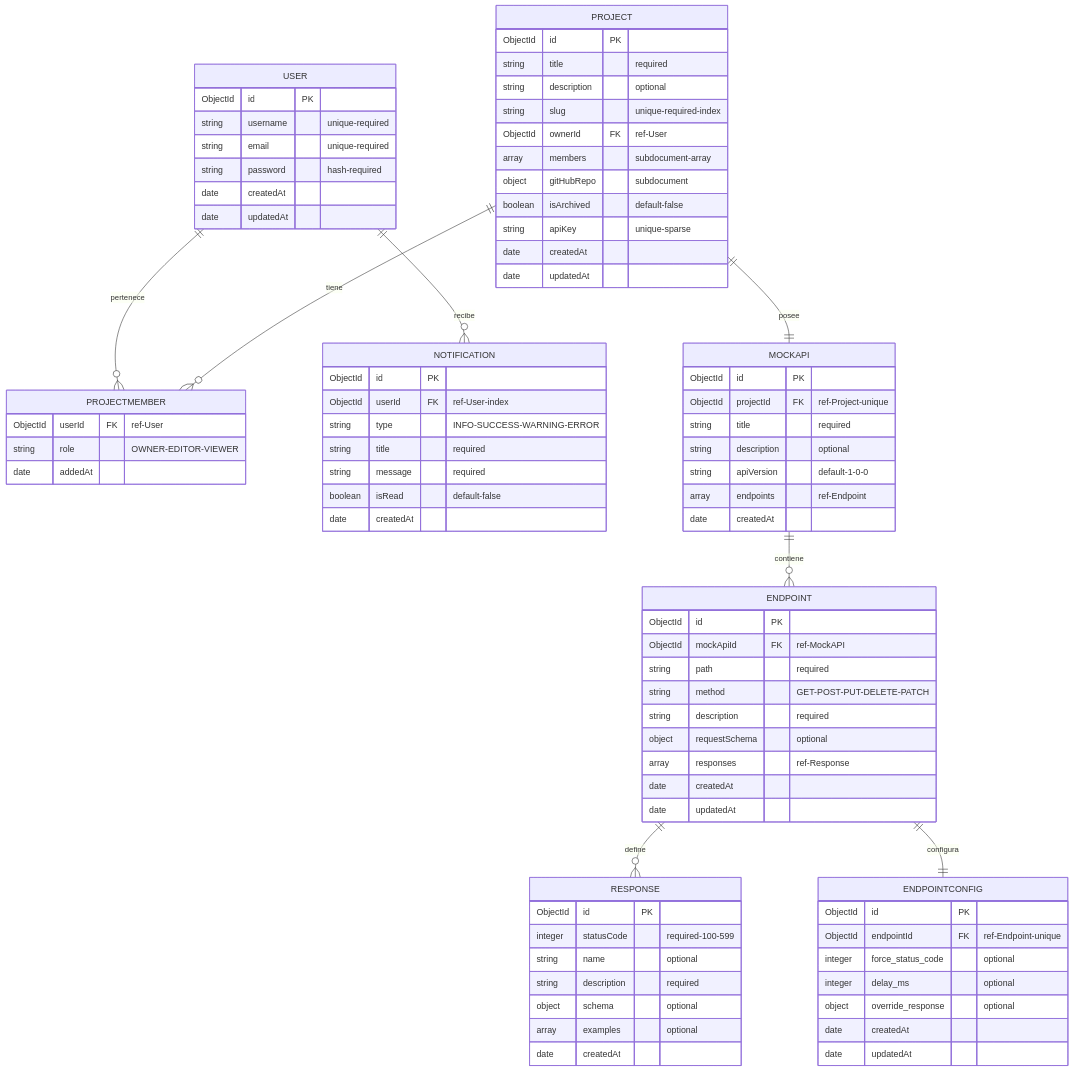
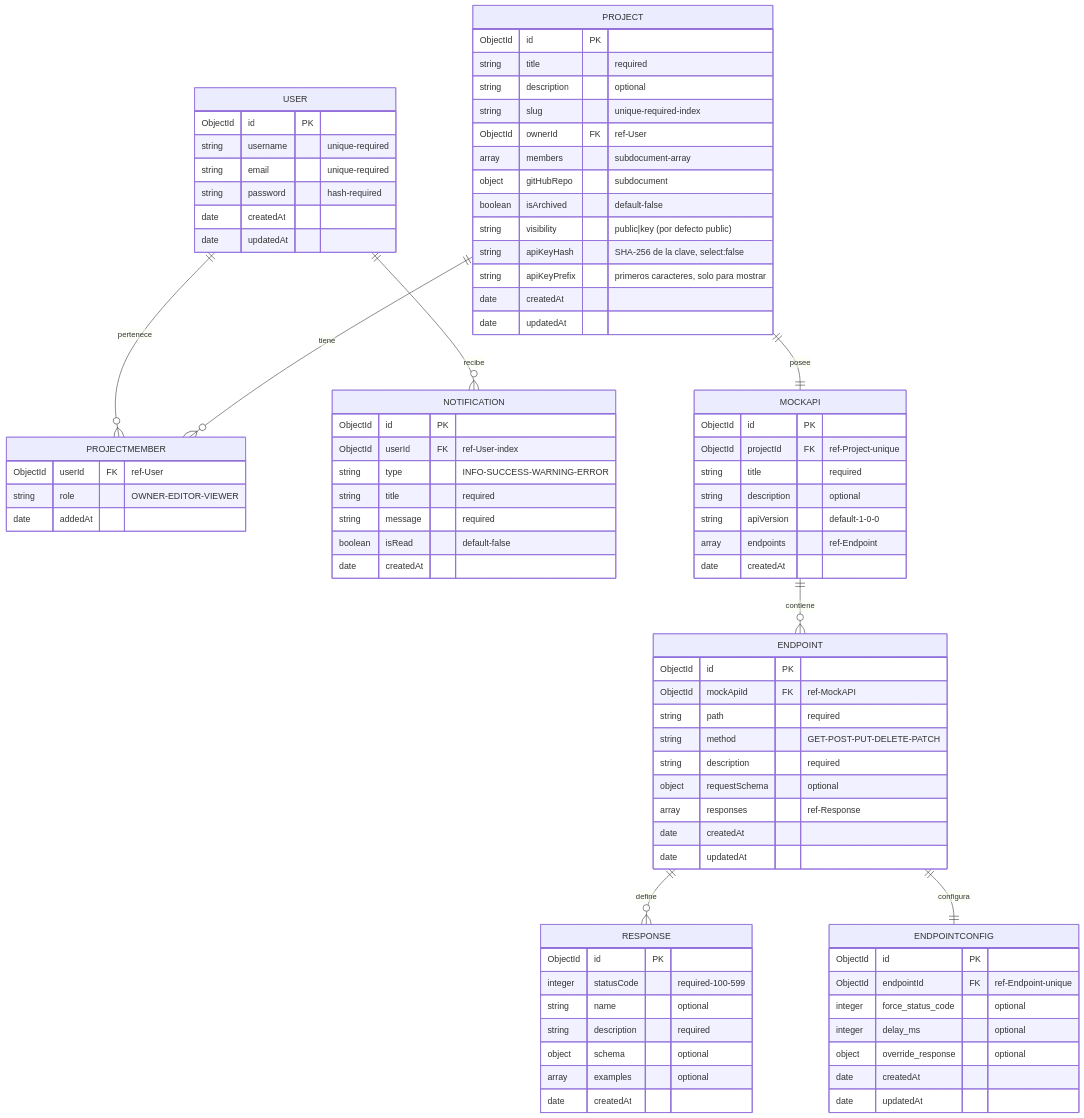
The first of 5 diagrams in docs/05_diseno.md (GunterMagno/Mockia.io), drawn with Mermaid before and after one commit. The commit also changed other lines of this file, not shown here.

First line of the commit message:
docs(mock): claves de API con hash, visibilidad, migracion y cuota mensual

```diff
--- a/docs/05_diseno.md
+++ b/docs/05_diseno.md
@@ -65,7 +65,9 @@
         array members "subdocument-array"
         object gitHubRepo "subdocument"
         boolean isArchived "default-false"
-        string apiKey "unique-sparse"
+        string visibility "public|key (por defecto public)"
+        string apiKeyHash "SHA-256 de la clave, select:false"
+        string apiKeyPrefix "primeros caracteres, solo para mostrar"
         date createdAt
         date updatedAt
     }
```
